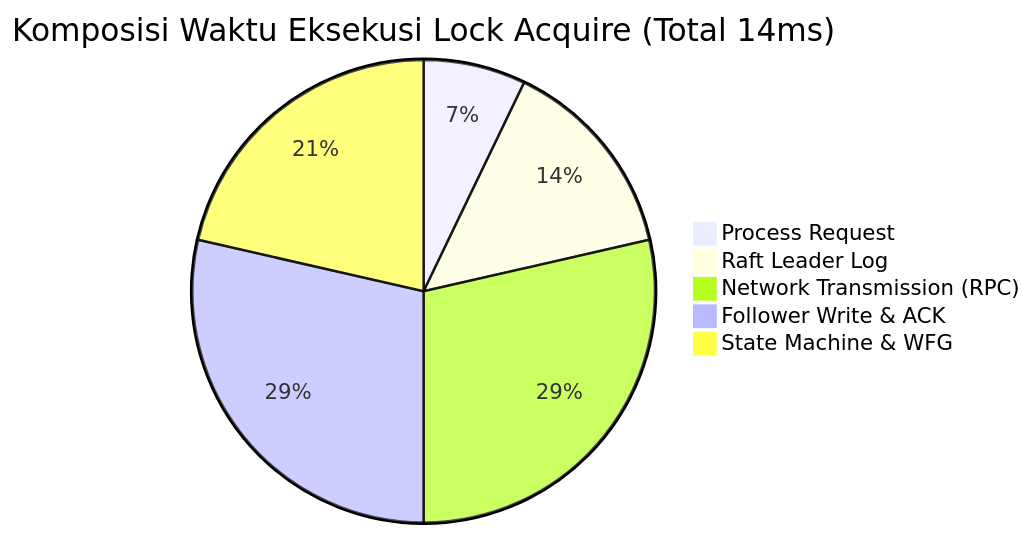
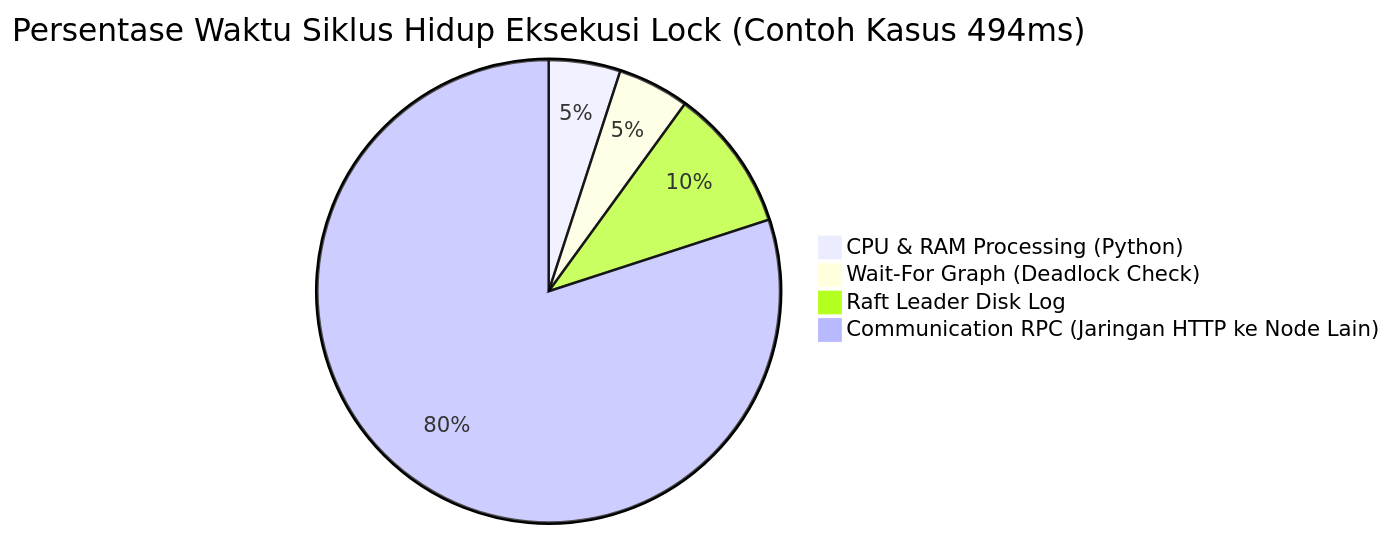
One commit to azpradipta/distributed-sync-system changed the diagram in performance_doc_appendix.md. Above: the diagram before and after it, drawn with Mermaid. The commit also changed other lines of this file and 27 other files, not shown here.

````diff
--- a/performance_doc_appendix.md
+++ b/performance_doc_appendix.md
@@ -73,8 +76,7 @@
 ```mermaid
-pie title Komposisi Waktu Eksekusi Lock Acquire (Total 14ms)
-    "Process Request" : 1
-    "Raft Leader Log" : 2
-    "Network Transmission (RPC)" : 4
-    "Follower Write & ACK" : 4
-    "State Machine & WFG" : 3
+pie title Persentase Waktu Siklus Hidup Eksekusi Lock (Contoh Kasus 494ms)
+    "CPU & RAM Processing (Python)" : 5
+    "Wait-For Graph (Deadlock Check)" : 5
+    "Raft Leader Disk Log" : 10
+    "Communication RPC (Jaringan HTTP ke Node Lain)" : 80
 ```
````
